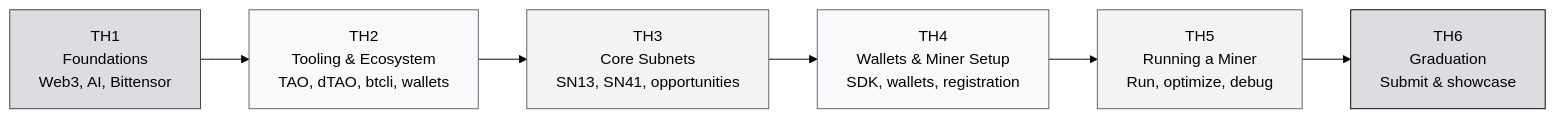
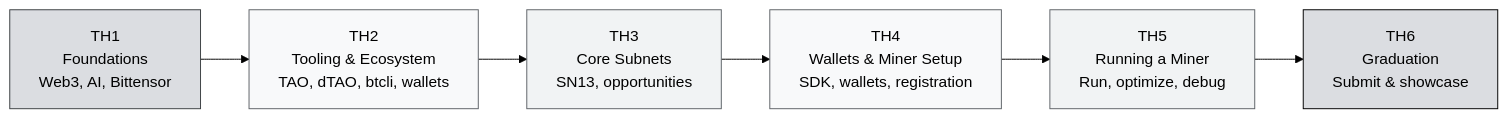
One commit to abhirupinspace/India-Bittensor-colearning changed the diagram in docs/00-overview.md. Above: the diagram before and after it, drawn with Mermaid (forest theme). The commit also changed other lines of this file and 50 other files, not shown here.

````diff
--- a/docs/00-overview.md
+++ b/docs/00-overview.md
@@ -42,15 +42,15 @@
 ```mermaid
 flowchart LR
     A[TH1<br/>Foundations<br/>Web3, AI, Bittensor] --> B[TH2<br/>Tooling & Ecosystem<br/>TAO, dTAO, btcli, wallets]
-    B --> C[TH3<br/>Core Subnets<br/>SN13, SN41, opportunities]
+    B --> C[TH3<br/>Core Subnets<br/>SN13, opportunities]
     C --> D[TH4<br/>Wallets & Miner Setup<br/>SDK, wallets, registration]
     D --> E[TH5<br/>Running a Miner<br/>Run, optimize, debug]
     E --> F[TH6<br/>Graduation<br/>Submit & showcase]
 
     style A fill:#DBDDE1,stroke:#3C4043
     style B fill:#F8F9FA,stroke:#5F6368
     style C fill:#F1F3F4,stroke:#5F6368
     style D fill:#F8F9FA,stroke:#5F6368
     style E fill:#F1F3F4,stroke:#5F6368
     style F fill:#DBDDE1,stroke:#000000
 ```
````
